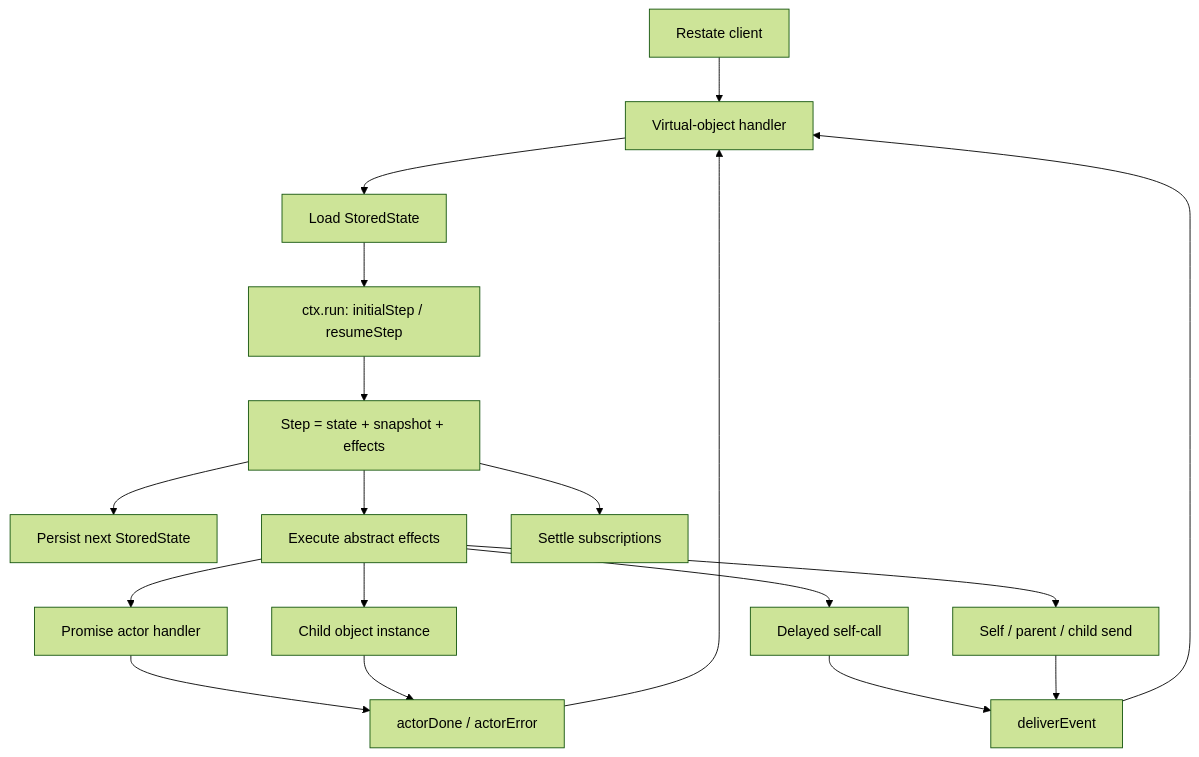
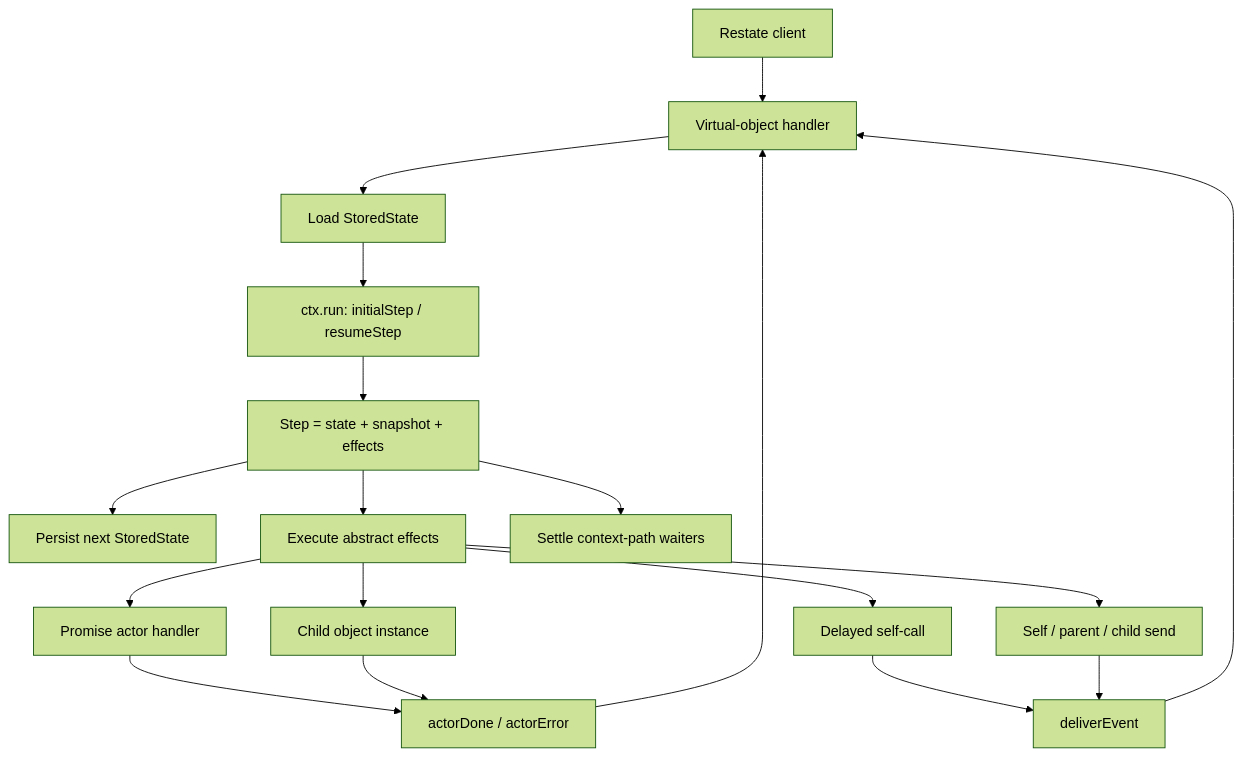
Before and after one commit to restatedev/xstate-transitions: the first of 2 diagrams in packages/xstate-transitions/MANUAL.md, drawn with Mermaid (forest theme). The commit also changed other lines of this file and 11 other files, not shown here.

````diff
--- a/packages/xstate-transitions/MANUAL.md
+++ b/packages/xstate-transitions/MANUAL.md
@@ -900,20 +905,20 @@
 ```mermaid
 flowchart TD
     Client["Restate client"] --> Handler["Virtual-object handler"]
     Handler --> Load["Load StoredState"]
     Load --> Compute["ctx.run: initialStep / resumeStep"]
     Compute --> Step["Step = state + snapshot + effects"]
     Step --> Persist["Persist next StoredState"]
     Step --> Effects["Execute abstract effects"]
     Effects --> Actor["Promise actor handler"]
     Effects --> Timer["Delayed self-call"]
     Effects --> Child["Child object instance"]
     Effects --> Message["Self / parent / child send"]
-    Step --> Waiters["Settle subscriptions"]
+    Step --> Waiters["Settle context-path waiters"]
     Actor --> ActorResult["actorDone / actorError"]
     Child --> ActorResult
     Timer --> DomainEvent["deliverEvent"]
     Message --> DomainEvent
     ActorResult --> Handler
     DomainEvent --> Handler
 ```
````
